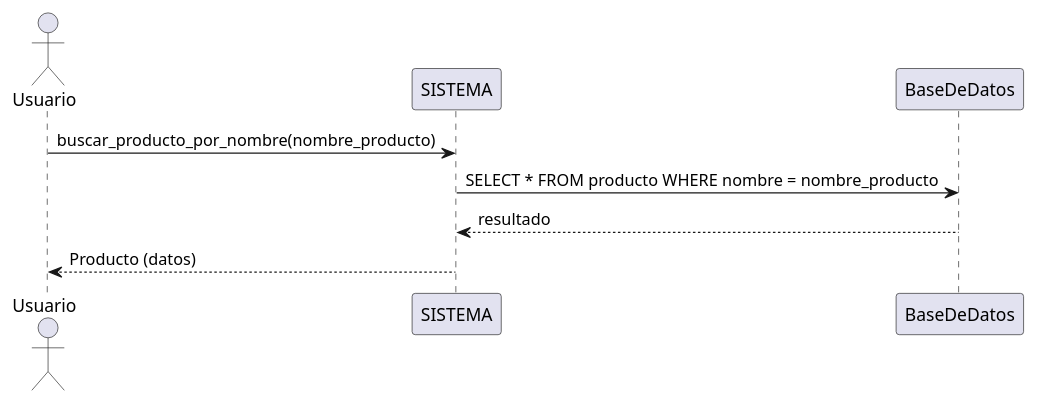
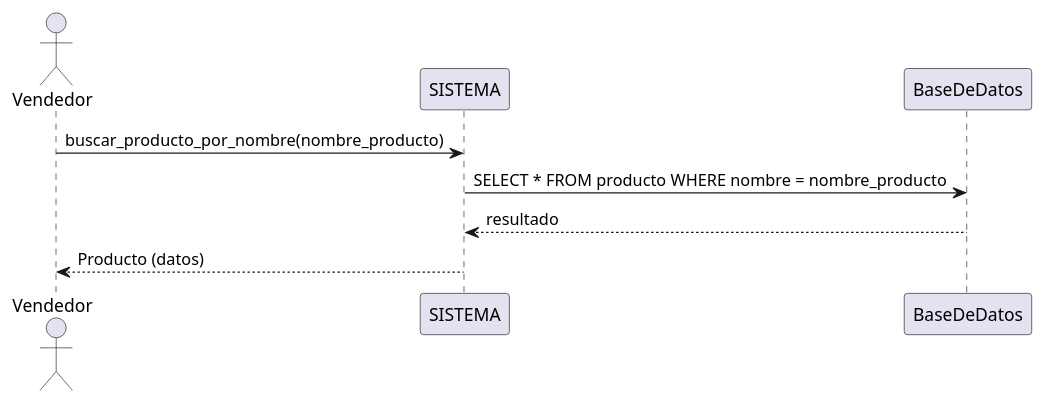
Before and after one commit to General-Jhon/PROYECTO_LENGUAJE-II: the diagram in DiagramasUML/DiagramaSecuencia.puml, drawn with PlantUML. The commit also changed other lines of this file and 5 other files, not shown here.

```diff
--- a/DiagramasUML/DiagramaSecuencia.puml
+++ b/DiagramasUML/DiagramaSecuencia.puml
@@ -1,7 +2,7 @@
 @startuml Inventario
-actor Usuario
-Usuario -> SISTEMA : buscar_producto_por_nombre(nombre_producto)
+actor Vendedor
+Vendedor -> SISTEMA : buscar_producto_por_nombre(nombre_producto)
 SISTEMA -> BaseDeDatos : SELECT * FROM producto WHERE nombre = nombre_producto
 BaseDeDatos --> SISTEMA : resultado
-SISTEMA --> Usuario : Producto (datos)
+SISTEMA --> Vendedor : Producto (datos)
 @enduml
```
